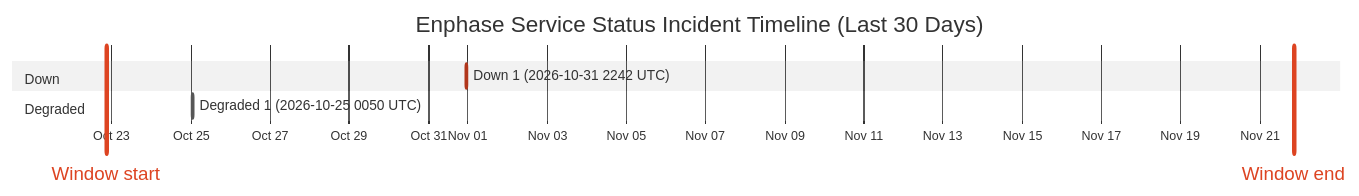
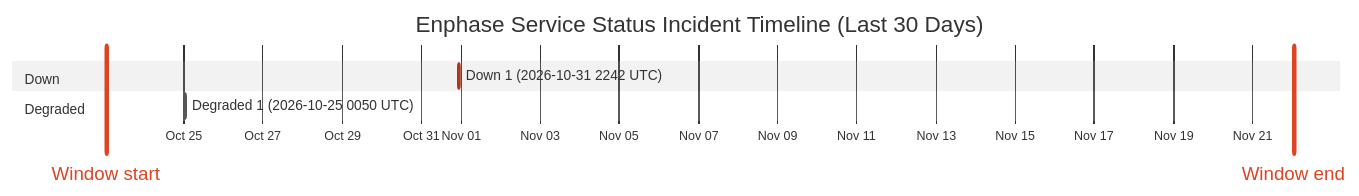
Before and after one commit to barneyonline/ha-enphase-energy: the diagram in wiki/Service-Status-History.md, drawn with Mermaid (neutral theme). The commit also changed other lines of this file and 3 other files, not shown here.

````diff
--- a/wiki/Service-Status-History.md
+++ b/wiki/Service-Status-History.md
@@ -14,12 +14,12 @@
 ```mermaid
 gantt
     title Enphase Service Status Incident Timeline (Last 30 Days)
     dateFormat  YYYY-MM-DDTHH:mm:ss
     axisFormat  %b %d
-    Window start :vert, window-start, 2026-10-22T20:37:25, 0ms
-    Window end :vert, window-end, 2026-11-21T20:37:25, 0ms
+    Window start :vert, window-start, 2026-10-23T00:57:22, 0ms
+    Window end :vert, window-end, 2026-11-22T00:57:22, 0ms
     section Down
     Down 1 (2026-10-31 2242 UTC) :crit, down-1, 2026-10-31T22:42:18, 60m
     section Degraded
     Degraded 1 (2026-10-25 0050 UTC) :active, degraded-1, 2026-10-25T00:50:01, 60m
 ```
````
